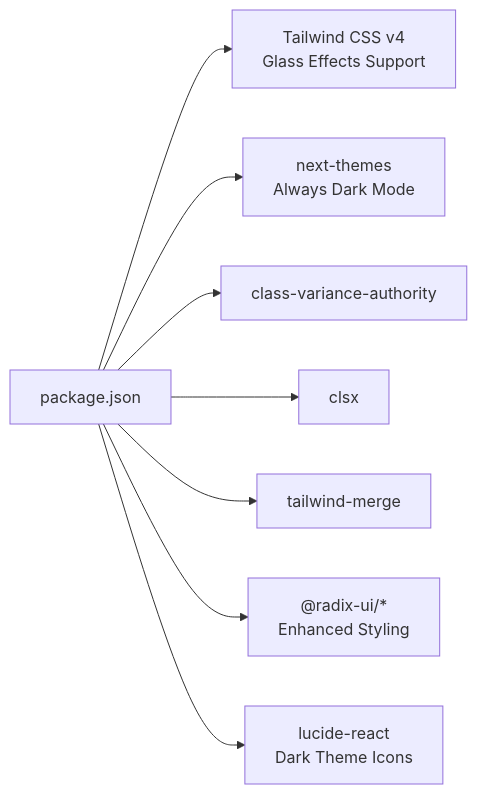
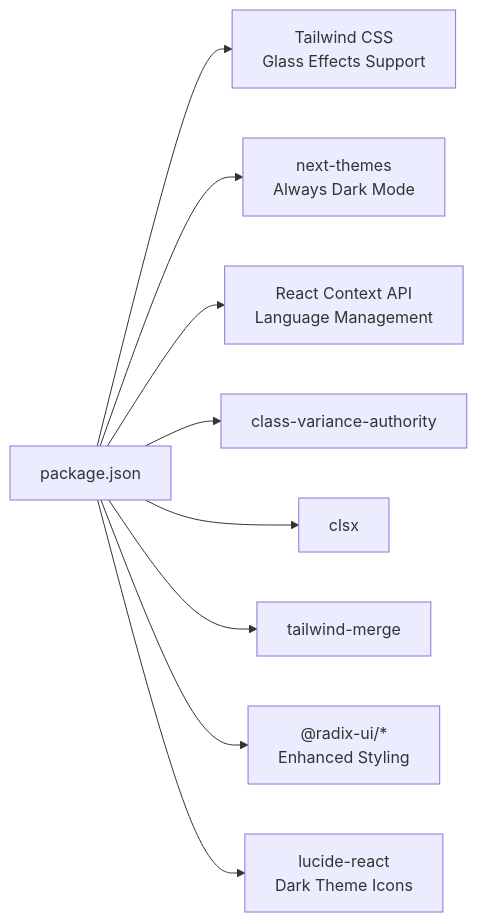
Before and after one commit to alikizang/datafrica: the eighth of 8 diagrams in .qoder/repowiki/en/content/UI Components/UI Components.md, drawn with Mermaid. The commit also changed other lines of this file and 21 other files, not shown here.

````diff
--- a/.qoder/repowiki/en/content/UI Components/UI Components.md
+++ b/.qoder/repowiki/en/content/UI Components/UI Components.md
@@ -568,18 +630,20 @@
 ```mermaid
 graph LR
 Pkg["package.json"]
-Tailwind["Tailwind CSS v4<br/>Glass Effects Support"]
+Tailwind["Tailwind CSS<br/>Glass Effects Support"]
 Themes["next-themes<br/>Always Dark Mode"]
+LanguageCtx["React Context API<br/>Language Management"]
 CVA["class-variance-authority"]
 CLX["clsx"]
 Merge["tailwind-merge"]
 Radix["@radix-ui/*<br/>Enhanced Styling"]
 Icons["lucide-react<br/>Dark Theme Icons"]
 Pkg --> Tailwind
 Pkg --> Themes
+Pkg --> LanguageCtx
 Pkg --> CVA
 Pkg --> CLX
 Pkg --> Merge
 Pkg --> Radix
 Pkg --> Icons
 ```
````
